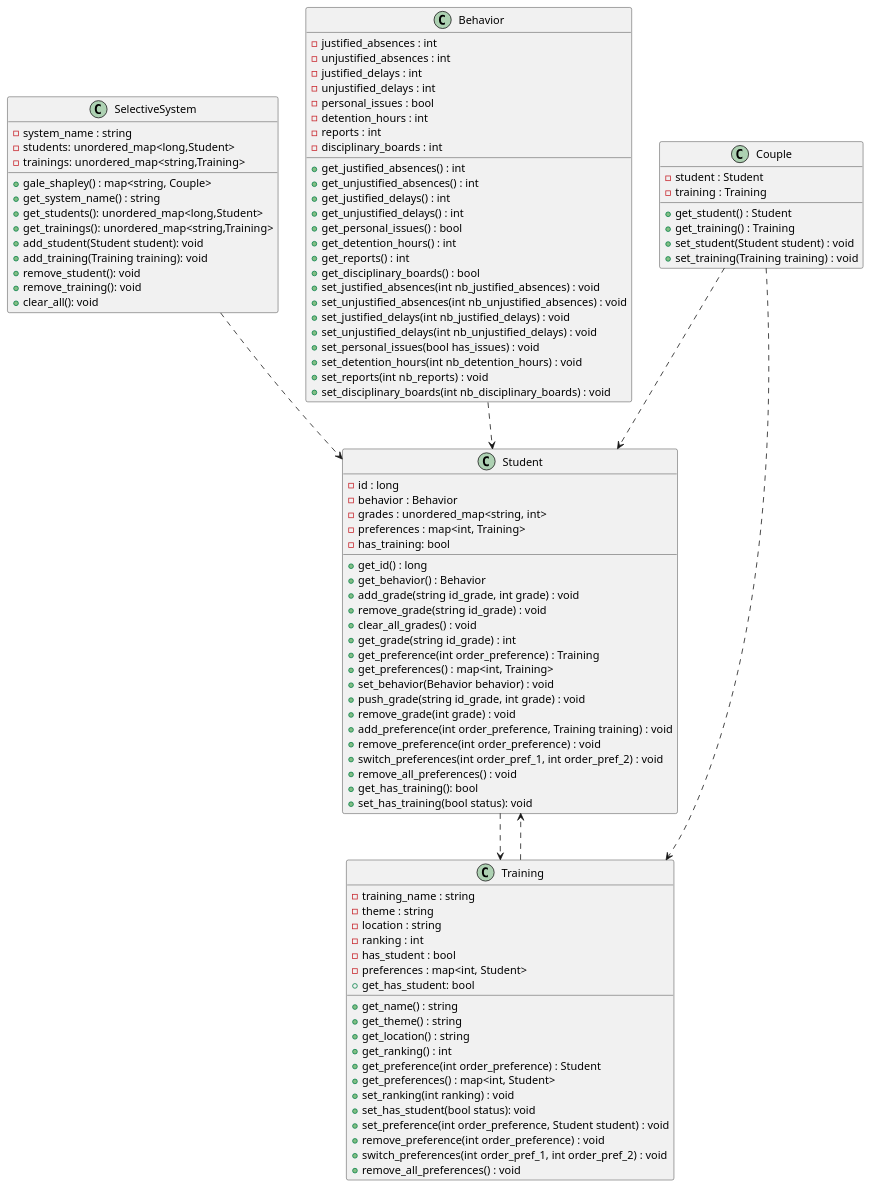
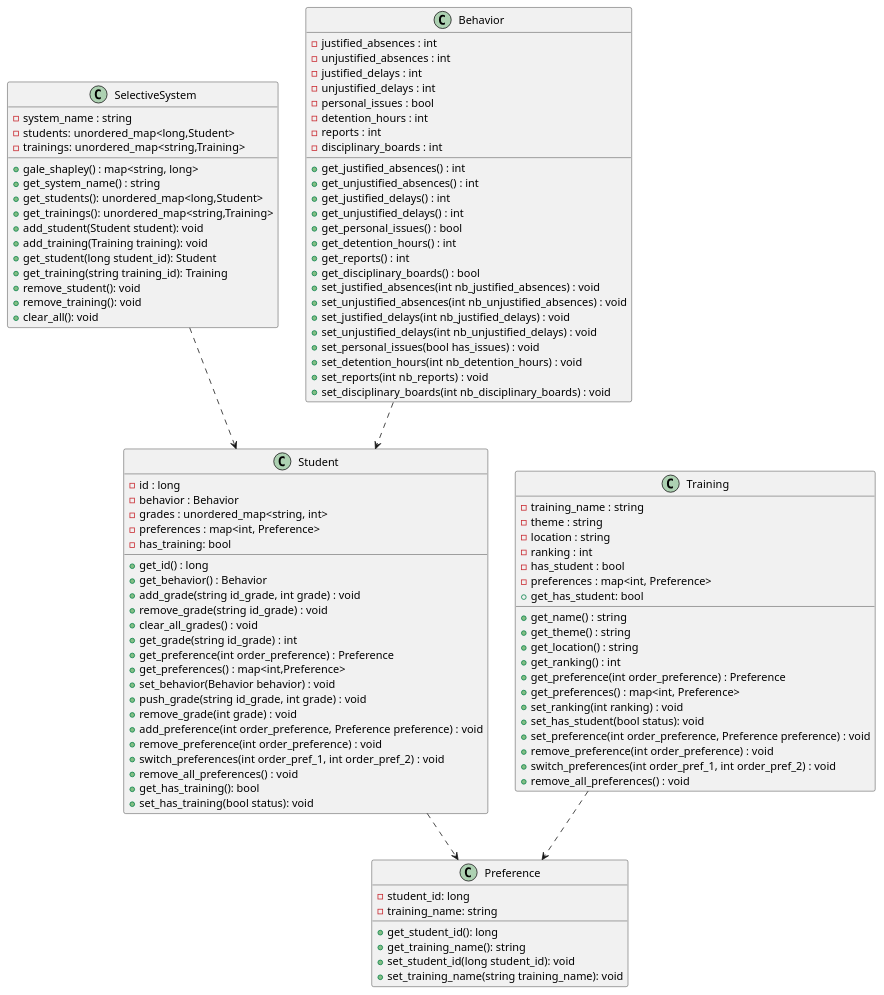
Before and after one commit to Padrese/selection_sys: the diagram in uml/diagram.plantuml, drawn with PlantUML. The commit also changed 236 other files, not shown here.

```diff
--- a/uml/diagram.plantuml
+++ b/uml/diagram.plantuml
@@ -1,111 +1,110 @@
 @startuml diagram
 
 SelectiveSystem ..> Student
 Behavior ..> Student
-Training ..> Student
-Student ..> Training
-Couple ..> Student
-Couple ..> Training
-
+Training ..> Preference
+Student ..> Preference
 
 class Student {
     -id : long
     -behavior : Behavior
     -grades : unordered_map<string, int>
-    -preferences : map<int, Training> 
+    -preferences : map<int, Preference> 
     -has_training: bool
     +get_id() : long
     +get_behavior() : Behavior
     +add_grade(string id_grade, int grade) : void
     +remove_grade(string id_grade) : void
     +clear_all_grades() : void
     +get_grade(string id_grade) : int
-    +get_preference(int order_preference) : Training
-    +get_preferences() : map<int, Training> 
+    +get_preference(int order_preference) : Preference
+    +get_preferences() : map<int,Preference> 
     +set_behavior(Behavior behavior) : void
     +push_grade(string id_grade, int grade) : void
     +remove_grade(int grade) : void
-    +add_preference(int order_preference, Training training) : void
+    +add_preference(int order_preference, Preference preference) : void
     +remove_preference(int order_preference) : void
     +switch_preferences(int order_pref_1, int order_pref_2) : void
     +remove_all_preferences() : void
     +get_has_training(): bool
     +set_has_training(bool status): void
 }
 
 class SelectiveSystem {
     -system_name : string
     -students: unordered_map<long,Student>
     -trainings: unordered_map<string,Training>
-    + gale_shapley() : map<string, Couple> 
+    + gale_shapley() : map<string, long> 
     + get_system_name() : string
     + get_students(): unordered_map<long,Student>
     + get_trainings(): unordered_map<string,Training>
     + add_student(Student student): void
     + add_training(Training training): void
+    + get_student(long student_id): Student
+    + get_training(string training_id): Training
     + remove_student(): void
     + remove_training(): void
     + clear_all(): void
 }
 
 class Training {
     - training_name : string
     - theme : string
     - location : string
     - ranking : int
     - has_student : bool
-    - preferences : map<int, Student> 
+    - preferences : map<int, Preference> 
     + get_name() : string
     + get_theme() : string
     + get_location() : string
     + get_ranking() : int
     + get_has_student: bool
-    + get_preference(int order_preference) : Student
-    + get_preferences() : map<int, Student> 
+    + get_preference(int order_preference) : Preference
+    + get_preferences() : map<int, Preference> 
     + set_ranking(int ranking) : void
     + set_has_student(bool status): void
-    + set_preference(int order_preference, Student student) : void
+    + set_preference(int order_preference, Preference preference) : void
     + remove_preference(int order_preference) : void
     + switch_preferences(int order_pref_1, int order_pref_2) : void
     + remove_all_preferences() : void
+}
+
+class Preference{
+    - student_id: long
+    - training_name: string
+    + get_student_id(): long
+    + get_training_name(): string
+    + set_student_id(long student_id): void
+    + set_training_name(string training_name): void
 }
 
 
 class Behavior {
     -justified_absences : int
     -unjustified_absences : int
     -justified_delays : int
     -unjustified_delays : int
     -personal_issues : bool
     -detention_hours : int
     -reports : int
     -disciplinary_boards : int
     +get_justified_absences() : int
     +get_unjustified_absences() : int
     +get_justified_delays() : int
     +get_unjustified_delays() : int
     +get_personal_issues() : bool
     +get_detention_hours() : int
     +get_reports() : int
     +get_disciplinary_boards() : bool
     +set_justified_absences(int nb_justified_absences) : void
     +set_unjustified_absences(int nb_unjustified_absences) : void
     +set_justified_delays(int nb_justified_delays) : void
     +set_unjustified_delays(int nb_unjustified_delays) : void
     +set_personal_issues(bool has_issues) : void
     +set_detention_hours(int nb_detention_hours) : void
     +set_reports(int nb_reports) : void
     +set_disciplinary_boards(int nb_disciplinary_boards) : void
 }
 
-class Couple {
-    -student : Student
-    -training : Training
-    + get_student() : Student
-    + get_training() : Training
-    + set_student(Student student) : void
-    + set_training(Training training) : void
-}
-
 
 @enduml
```
